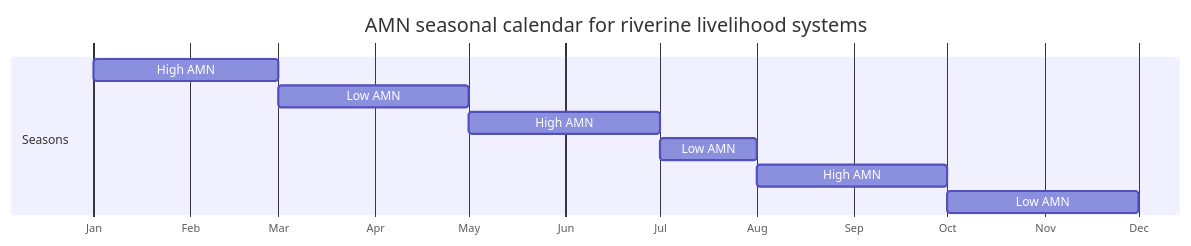
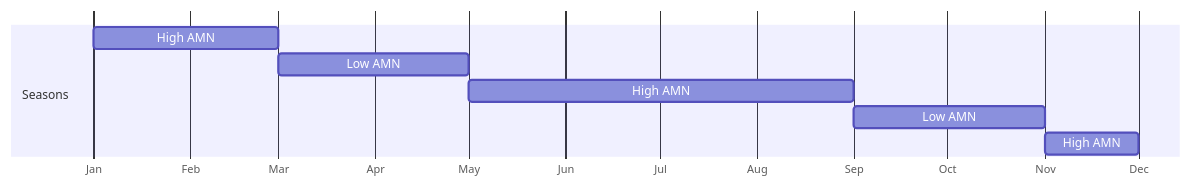
Before and after one commit to nutimes/som-sam-admit: the fifth of 10 diagrams in report.qmd, drawn with Mermaid. The commit also changed other lines of this file and 1 other file, not shown here.

````diff
--- a/report.qmd
+++ b/report.qmd
@@ -572,15 +582,14 @@
 ```{mermaid}
 %%| label: fig-amn-seasonal-calendar-riverine
+%%| fig-cap: AMN seasonal calendar for riverine livelihood systems
 gantt
-    title  AMN seasonal calendar for riverine livelihood systems
     dateFormat M
     axisFormat %b
     todayMarker off
     section Seasons
     High AMN :1, 3
     Low AMN :3, 5
-    High AMN :5, 7
-    Low AMN :7, 8
-    High AMN :8, 10
-    Low AMN :10, 12
+    High AMN :5, 9
+    Low AMN :9, 11
+    High AMN :11, 12
 ```
````
